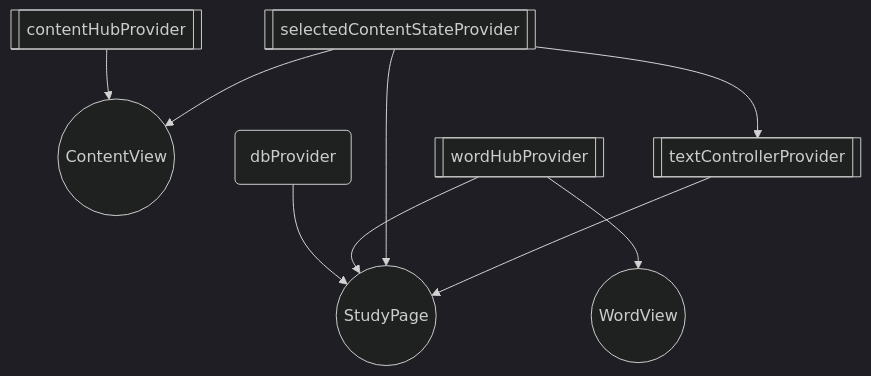
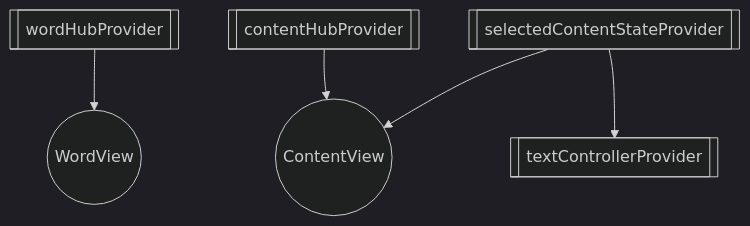
Before and after one commit to hpn33/landlearn: the diagram in riverpod_diagram.md, drawn with Mermaid (dark theme). The commit also changed 3 other files, not shown here.

````diff
--- a/riverpod_diagram.md
+++ b/riverpod_diagram.md
@@ -2,26 +2,22 @@
 ```mermaid
 graph TD;
 
 
 
 
-9(dbProvider) --> 4((StudyPage)) ;
-10[[wordHubProvider]] --> 4((StudyPage)) ;
-12[[selectedContentStateProvider]] --> 4((StudyPage)) ;
-13[[textControllerProvider]] --> 4((StudyPage)) ;
 
 
 
 10[[wordHubProvider]] --> 7((WordView)) ;
 
 11[[contentHubProvider]] --> 8((ContentView)) ;
 12[[selectedContentStateProvider]] --> 8((ContentView)) ;
 
 
 
 
 
 12[[selectedContentStateProvider]] --> 13[[textControllerProvider]] ;
 
 
 ```
````
